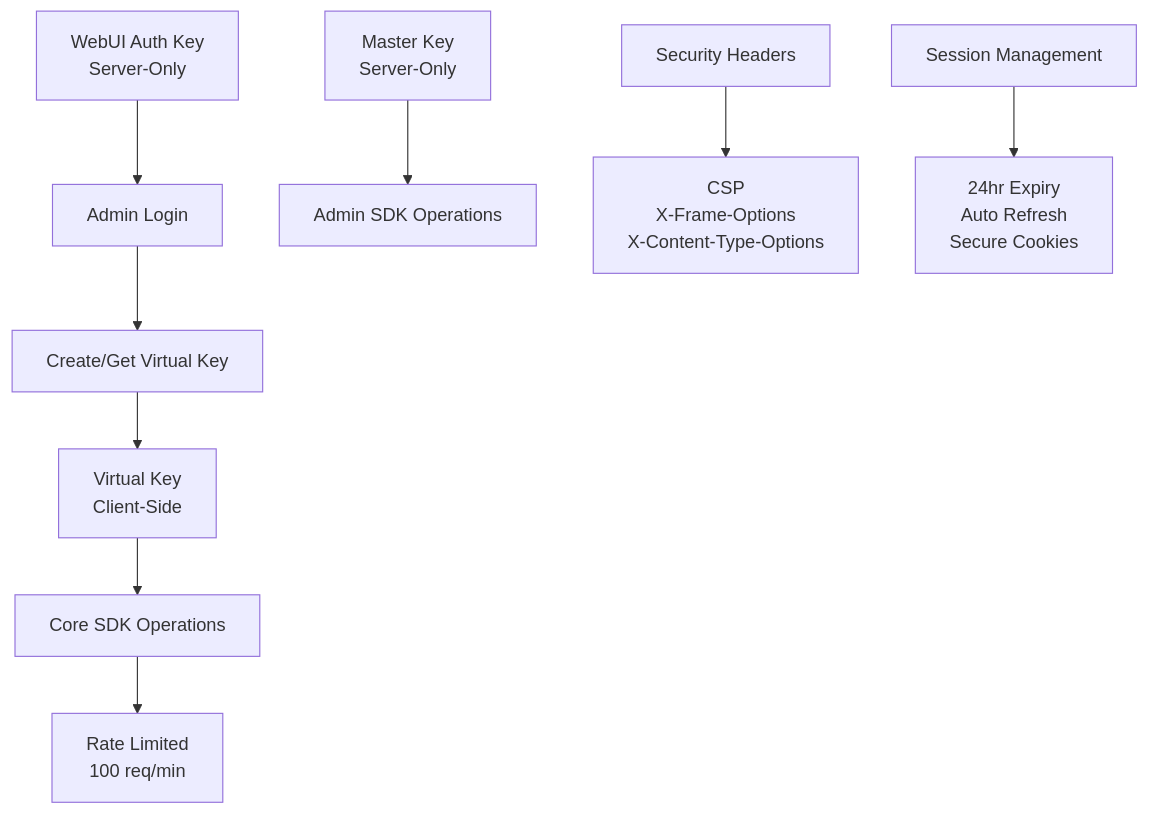
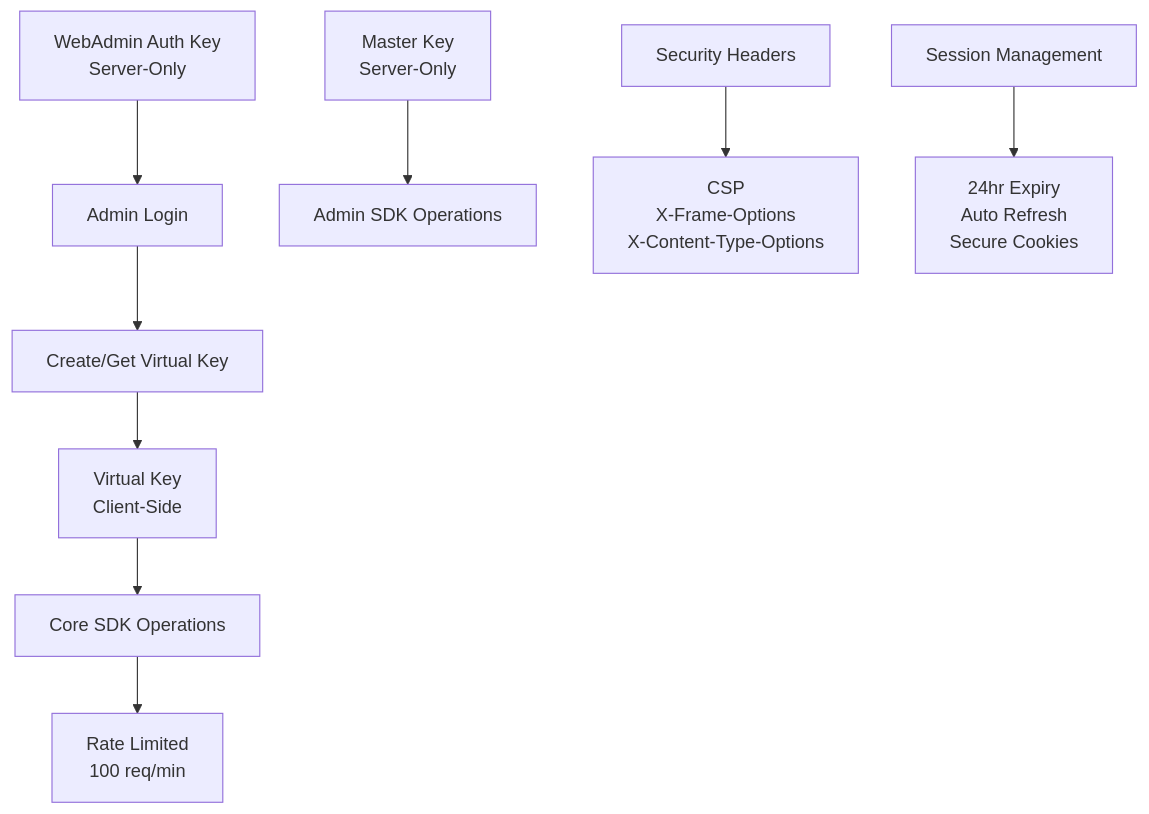
Before and after one commit to knnlabs/Conduit: the sixth of 7 diagrams in WebAdmin/docs/ARCHITECTURE.md, drawn with Mermaid. The commit also changed other lines of this file and 111 other files, not shown here.

First line of the commit message:
refactor: rename WebUI to WebAdmin across the codebase

````diff
--- a/WebAdmin/docs/ARCHITECTURE.md
+++ b/WebAdmin/docs/ARCHITECTURE.md
@@ -142,15 +142,15 @@
 ```mermaid
 graph TB
-    A[WebUI Auth Key<br/>Server-Only] --> B[Admin Login]
+    A[WebAdmin Auth Key<br/>Server-Only] --> B[Admin Login]
     B --> C[Create/Get Virtual Key]
     C --> D[Virtual Key<br/>Client-Side]
     
     D --> E[Core SDK Operations]
     E --> F[Rate Limited<br/>100 req/min]
     
     G[Master Key<br/>Server-Only] --> H[Admin SDK Operations]
     
     I[Security Headers] --> J[CSP<br/>X-Frame-Options<br/>X-Content-Type-Options]
     
     K[Session Management] --> L[24hr Expiry<br/>Auto Refresh<br/>Secure Cookies]
 ```
````
